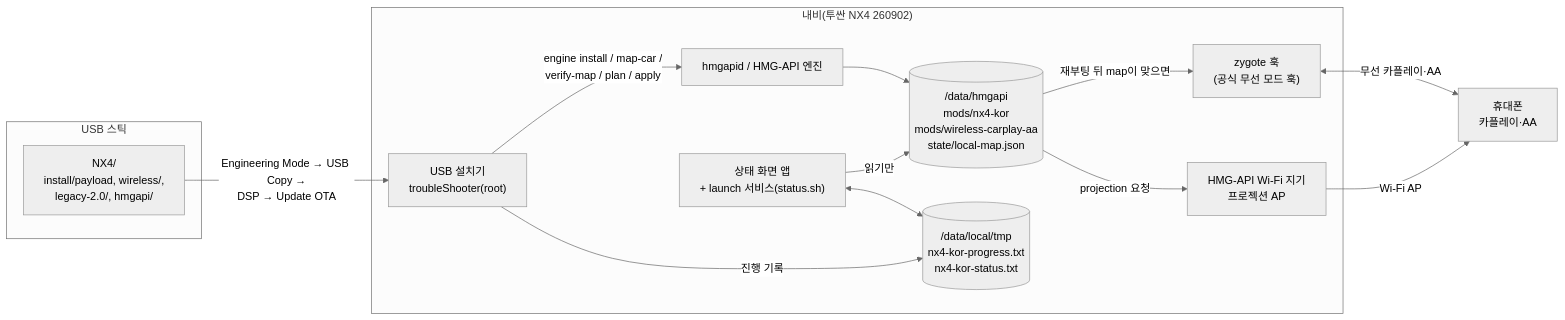
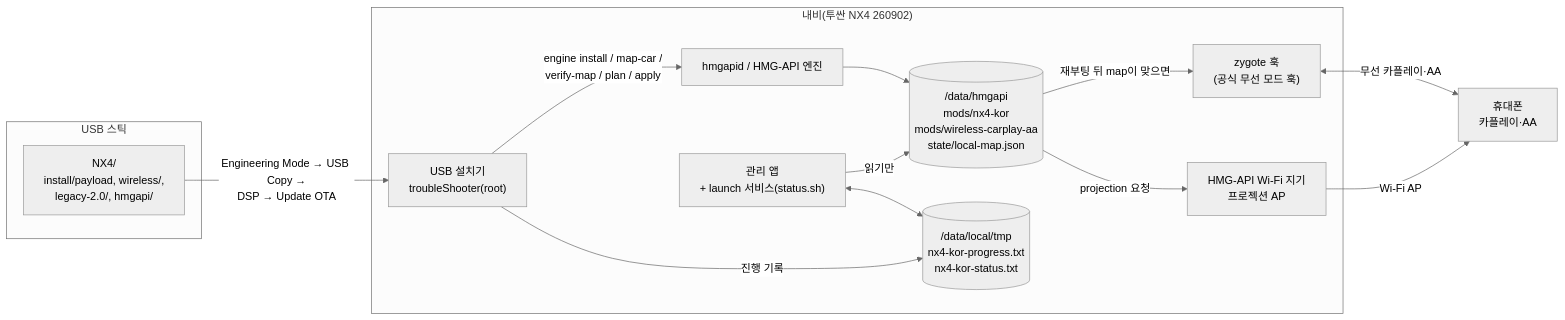
The first of 7 diagrams in docs/flow.md (jay-park-lab/hmgapi-nx4-kor), drawn with Mermaid (neutral theme) before and after one commit. The commit also changed other lines of this file and 30 other files, not shown here.

First line of the commit message:
Call the status screen app "관리 앱" (manager app)

````diff
--- a/docs/flow.md
+++ b/docs/flow.md
@@ -16,27 +16,27 @@
 ```mermaid
 flowchart LR
   subgraph USB["USB 스틱"]
     NX4["NX4/<br/>install/payload, wireless/,<br/>legacy-2.0/, hmgapi/"]
   end
   subgraph HU["내비(투싼 NX4 260902)"]
     TS["USB 설치기<br/>troubleShooter(root)"]
     HD["hmgapid / HMG-API 엔진"]
     DATA[("/data/hmgapi<br/>mods/nx4-kor<br/>mods/wireless-carplay-aa<br/>state/local-map.json")]
     ZY["zygote 훅<br/>(공식 무선 모드 훅)"]
     WK["HMG-API Wi-Fi 지기<br/>프로젝션 AP"]
-    APP["상태 화면 앱<br/>+ launch 서비스(status.sh)"]
+    APP["관리 앱<br/>+ launch 서비스(status.sh)"]
     PROG[("/data/local/tmp<br/>nx4-kor-progress.txt<br/>nx4-kor-status.txt")]
   end
   PHONE["휴대폰<br/>카플레이·AA"]
 
   NX4 -->|"Engineering Mode → USB Copy →<br/>DSP → Update OTA"| TS
   TS -->|"engine install / map-car /<br/>verify-map / plan / apply"| HD
   HD --> DATA
   TS -->|"진행 기록"| PROG
   DATA -->|"재부팅 뒤 map이 맞으면"| ZY
   DATA -->|"projection 요청"| WK
   WK -->|"Wi-Fi AP"| PHONE
   ZY <-->|"무선 카플레이·AA"| PHONE
   APP -->|"읽기만"| DATA
   APP <--> PROG
 ```
````
